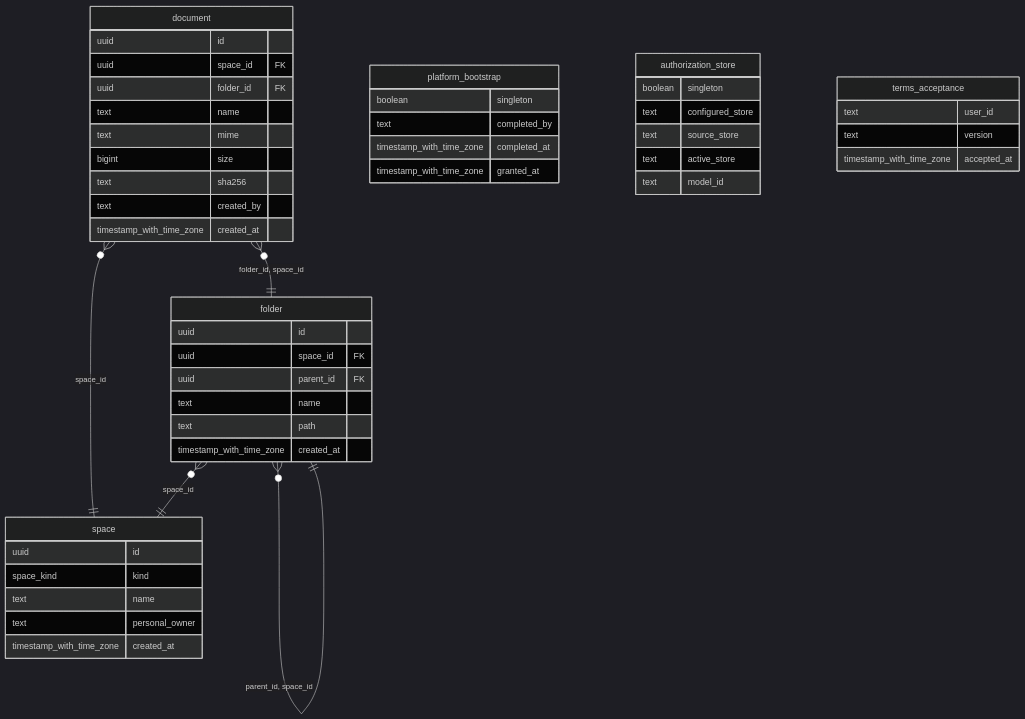
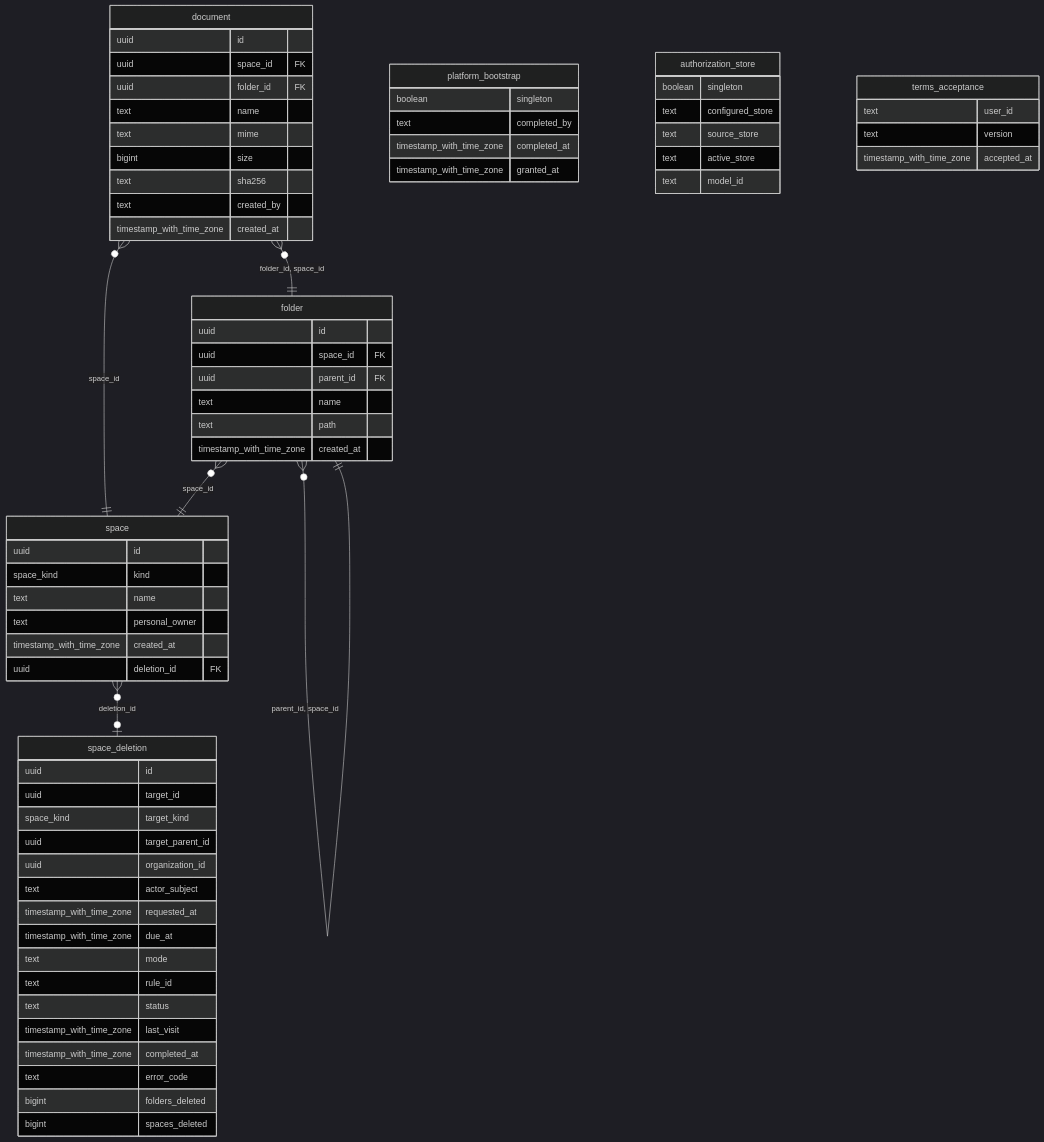
Before and after one commit to ThalesGroup/fred: the diagram in docs/architecture/A2-manager-contracts.md, drawn with Mermaid (dark theme). The commit also changed other lines of this file and 55 other files, not shown here.

Commit message:
feat(#3160): add deferred space deletion and Temporal worker

````diff
--- a/docs/architecture/A2-manager-contracts.md
+++ b/docs/architecture/A2-manager-contracts.md
@@ -59,53 +61,73 @@
 ```mermaid
 erDiagram
 
+"space" }o--o| "space_deletion" : "deletion_id"
 "folder" }o--|| "space" : "space_id"
 "folder" }o--|| "folder" : "parent_id, space_id"
 "document" }o--|| "space" : "space_id"
 "document" }o--|| "folder" : "folder_id, space_id"
 
 "space" {
   uuid id
   space_kind kind
   text name
   text personal_owner
   timestamp_with_time_zone created_at
+  uuid deletion_id FK
 }
 "folder" {
   uuid id
   uuid space_id FK
   uuid parent_id FK
   text name
   text path
   timestamp_with_time_zone created_at
 }
 "document" {
   uuid id
   uuid space_id FK
   uuid folder_id FK
   text name
   text mime
   bigint size
   text sha256
   text created_by
   timestamp_with_time_zone created_at
 }
 "platform_bootstrap" {
   boolean singleton
   text completed_by
   timestamp_with_time_zone completed_at
   timestamp_with_time_zone granted_at
 }
 "authorization_store" {
   boolean singleton
   text configured_store
   text source_store
   text active_store
   text model_id
 }
 "terms_acceptance" {
   text user_id
   text version
   timestamp_with_time_zone accepted_at
 }
+"space_deletion" {
+  uuid id
+  uuid target_id
+  space_kind target_kind
+  uuid target_parent_id
+  uuid organization_id
+  text actor_subject
+  timestamp_with_time_zone requested_at
+  timestamp_with_time_zone due_at
+  text mode
+  text rule_id
+  text status
+  timestamp_with_time_zone last_visit
+  timestamp_with_time_zone completed_at
+  text error_code
+  bigint folders_deleted
+  bigint spaces_deleted
+}
 ```
````
